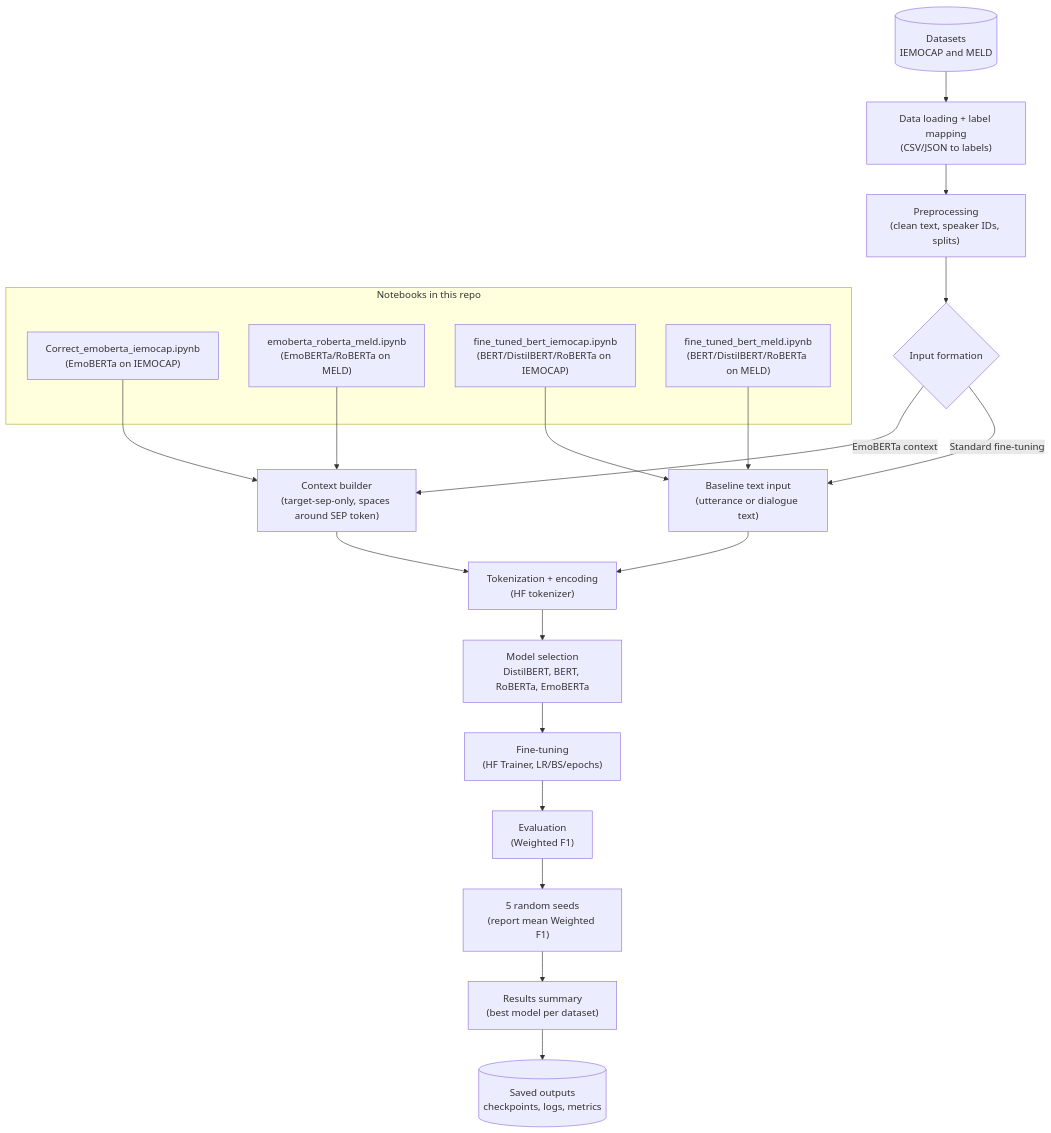
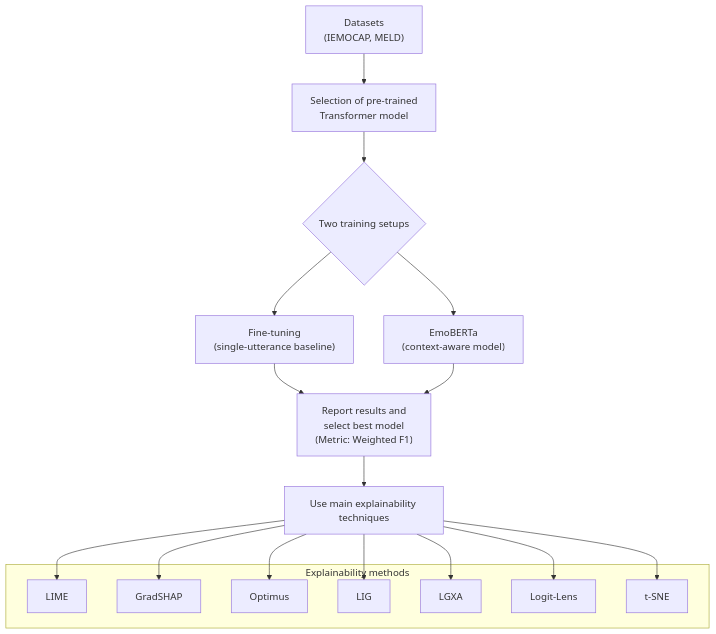
The diagram in README.md (teokon/erc-using-llms-and-explainabillity-methods-), drawn with Mermaid before and after one commit.

````diff
--- a/README.md
+++ b/README.md
@@ -5,32 +5,33 @@
 ```mermaid
 flowchart TB
-  A[(Datasets\nIEMOCAP and MELD)] --> B["Data loading + label mapping\n(CSV/JSON to labels)"]
-  B --> C["Preprocessing\n(clean text, speaker IDs, splits)"]
+  A["Datasets\n(IEMOCAP, MELD)"] --> B["Selection of pre-trained\nTransformer model"]
+  B --> C{"Two training setups"}
 
-  C --> D{"Input formation"}
-  D -->|EmoBERTa context| E["Context builder\n(target-sep-only, spaces around SEP token)"]
-  D -->|Standard fine-tuning| F["Baseline text input\n(utterance or dialogue text)"]
+  C --> D["Fine-tuning\n(single-utterance baseline)"]
+  C --> E["EmoBERTa\n(context-aware model)"]
 
-  E --> G["Tokenization + encoding\n(HF tokenizer)"]
-  F --> G
+  D --> F["Report results and\nselect best model\n(Metric: Weighted F1)"]
+  E --> F
 
-  G --> H["Model selection\nDistilBERT, BERT, RoBERTa, EmoBERTa"]
-  H --> I["Fine-tuning\n(HF Trainer, LR/BS/epochs)"]
-  I --> J["Evaluation\n(Weighted F1)"]
-  J --> K["5 random seeds\n(report mean Weighted F1)"]
-  K --> L["Results summary\n(best model per dataset)"]
-  L --> M[(Saved outputs\ncheckpoints, logs, metrics)]
+  F --> G["Use main explainability techniques"]
 
-  subgraph Notebooks_in_repo["Notebooks in this repo"]
-    N1["Correct_emoberta_iemocap.ipynb\n(EmoBERTa on IEMOCAP)"]
-    N2["emoberta_roberta_meld.ipynb\n(EmoBERTa/RoBERTa on MELD)"]
-    N3["fine_tuned_bert_iemocap.ipynb\n(BERT/DistilBERT/RoBERTa on IEMOCAP)"]
-    N4["fine_tuned_bert_meld.ipynb\n(BERT/DistilBERT/RoBERTa on MELD)"]
+  subgraph X["Explainability methods"]
+    X1["LIME"]
+    X2["GradSHAP"]
+    X3["Optimus"]
+    X4["LIG"]
+    X5["LGXA"]
+    X6["Logit-Lens"]
+    X7["t-SNE"]
   end
 
-  N1 --> E
-  N2 --> E
-  N3 --> F
-  N4 --> F
+  G --> X1
+  G --> X2
+  G --> X3
+  G --> X4
+  G --> X5
+  G --> X6
+  G --> X7
+
 
 ```
````
